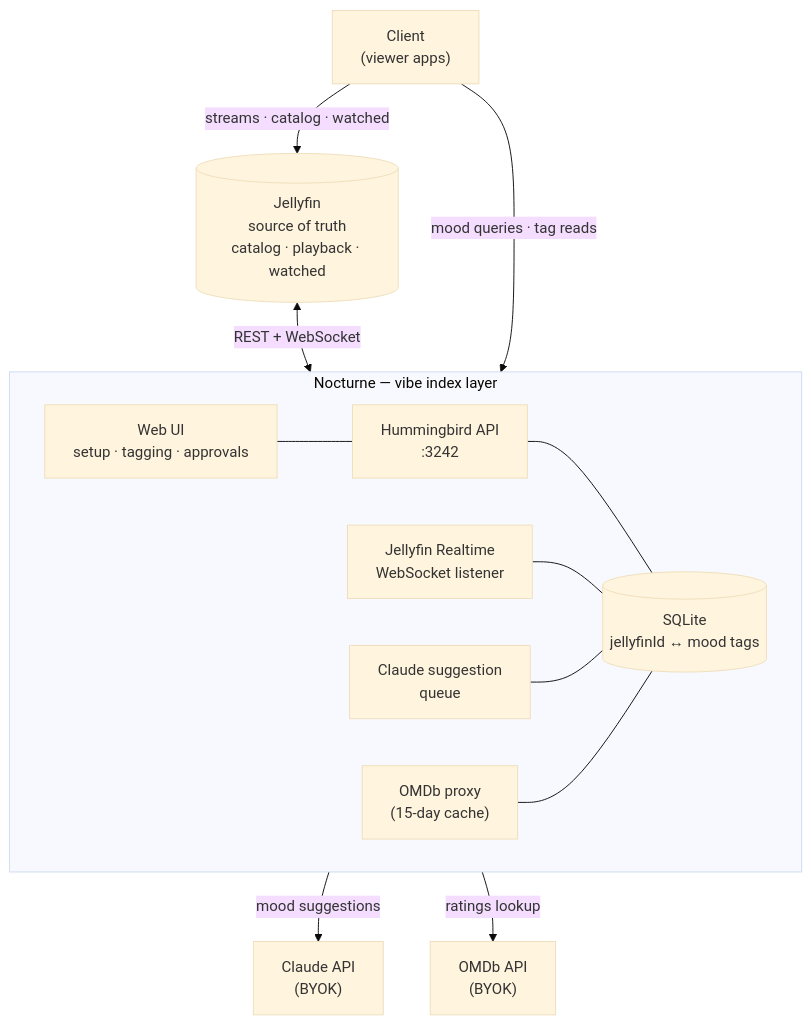
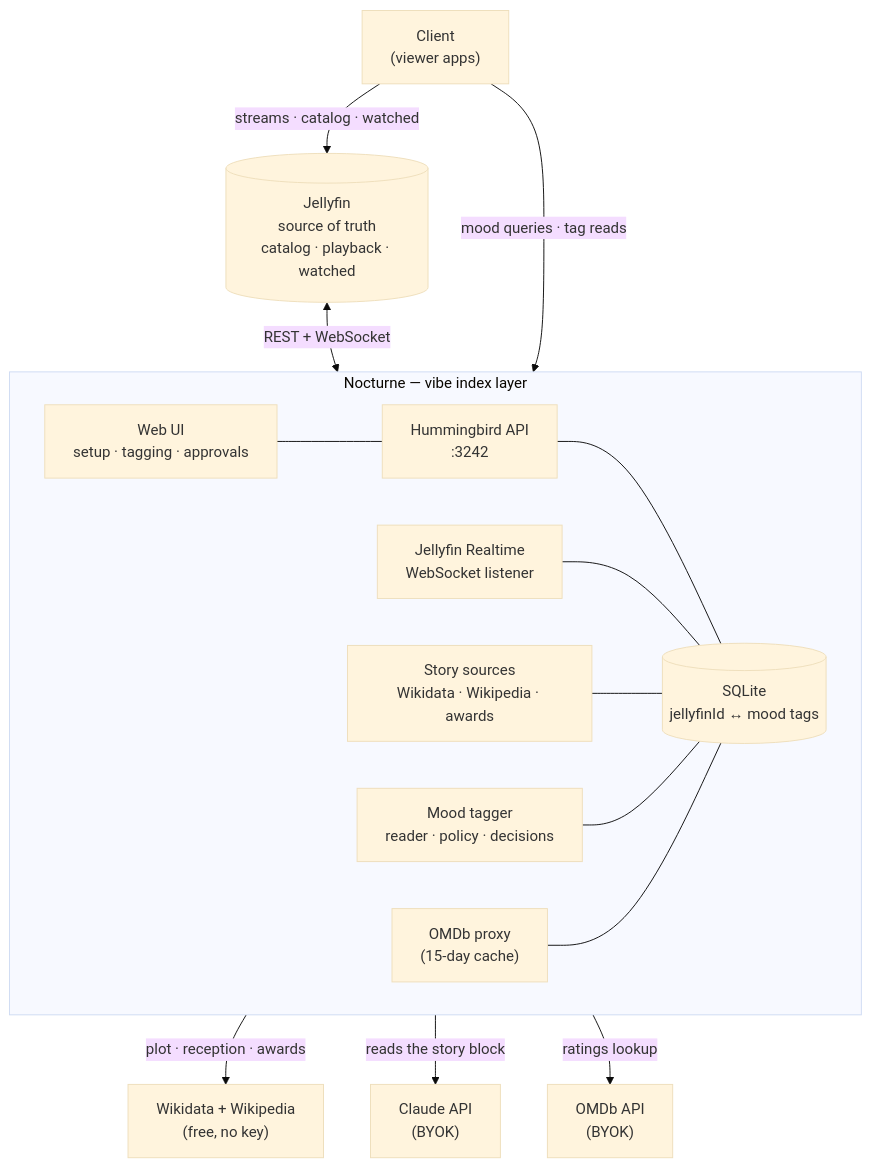
Before and after one commit to Imgkl/NocturneServer: the diagram in README.md, drawn with Mermaid (base theme). The commit also changed other lines of this file and 2 other files, not shown here.

Commit message:
docs: tagger phase 1 session log, README architecture, spec status

````diff
--- a/README.md
+++ b/README.md
@@ -30,31 +30,34 @@
 ```mermaid
 flowchart TB
     Jellyfin[("Jellyfin<br/>source of truth<br/>catalog · playback · watched")]
 
     subgraph Nocturne["Nocturne — vibe index layer"]
         direction LR
         API["Hummingbird API<br/>:3242"]
         WS["Jellyfin Realtime<br/>WebSocket listener"]
-        SuggQ["Claude suggestion<br/>queue"]
+        Enrich["Story sources<br/>Wikidata · Wikipedia · awards"]
+        Tagger["Mood tagger<br/>reader · policy · decisions"]
         OMDbProxy["OMDb proxy<br/>(15-day cache)"]
         WebUI["Web UI<br/>setup · tagging · approvals"]
         DB[("SQLite<br/>jellyfinId ↔ mood tags")]
 
         WebUI --- API
         API --- DB
         WS --- DB
-        SuggQ --- DB
+        Enrich --- DB
+        Tagger --- DB
         OMDbProxy --- DB
     end
 
     Client["Client<br/>(viewer apps)"]
     Claude["Claude API<br/>(BYOK)"]
     OMDb["OMDb API<br/>(BYOK)"]
 
     Jellyfin <-- "REST + WebSocket" --> WS
     Client -- "streams · catalog · watched" --> Jellyfin
     Client -- "mood queries · tag reads" --> API
 
-    SuggQ -- "mood suggestions" --> Claude
+    Enrich -- "plot · reception · awards" --> Wikimedia["Wikidata + Wikipedia<br/>(free, no key)"]
+    Tagger -- "reads the story block" --> Claude
     OMDbProxy -- "ratings lookup" --> OMDb
 ```
````
